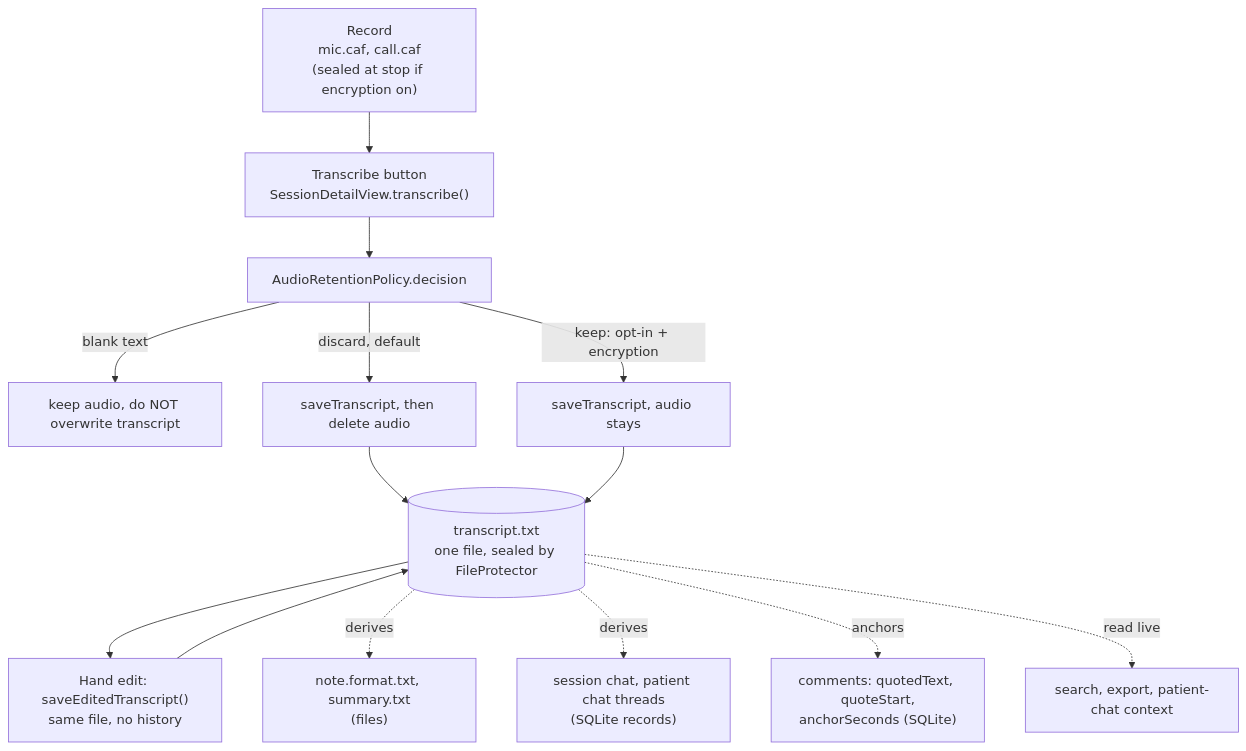
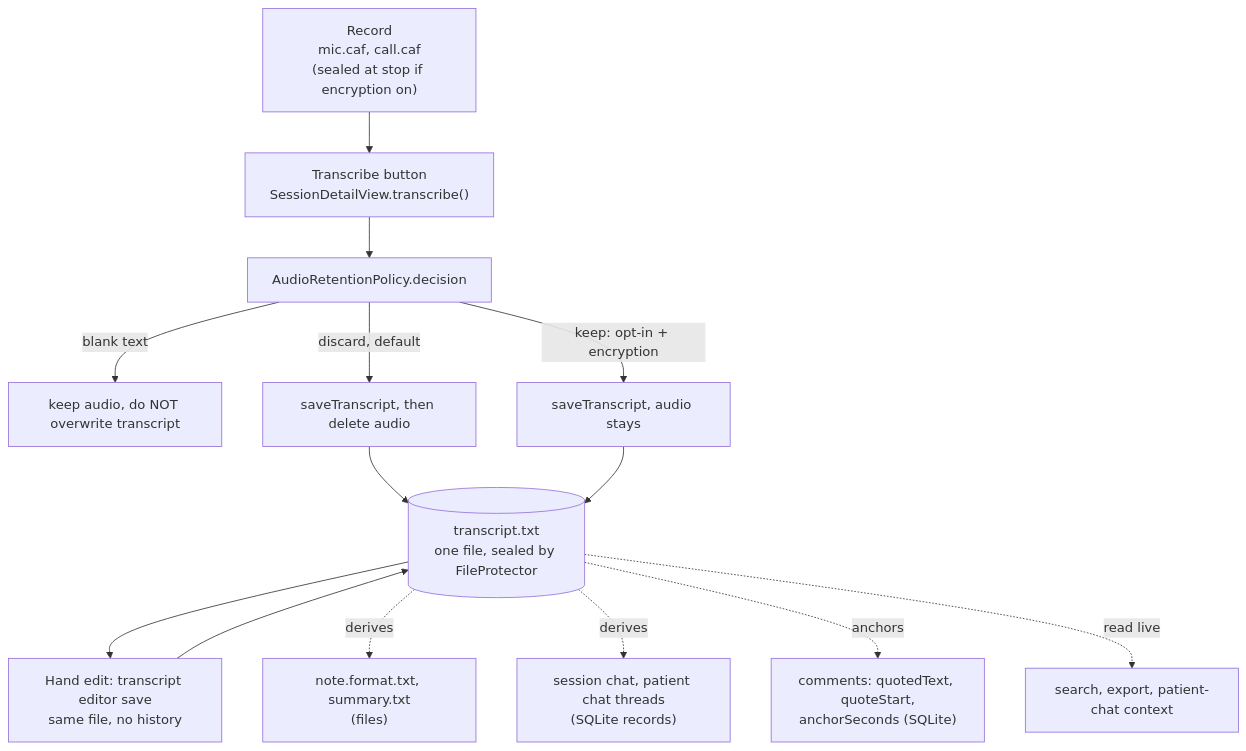
One commit to mgwedd/aletheia changed the third of 4 diagrams in docs/DESIGN-DECISIONS.md. Above: the diagram before and after it, drawn with Mermaid. The commit also changed other lines of this file and 7 other files, not shown here.

````diff
--- a/docs/DESIGN-DECISIONS.md
+++ b/docs/DESIGN-DECISIONS.md
@@ -126,16 +126,16 @@
 ```mermaid
 flowchart TD
   REC["Record<br/>mic.caf, call.caf<br/>(sealed at stop if encryption on)"] --> TR["Transcribe button<br/>SessionDetailView.transcribe()"]
   TR --> DEC["AudioRetentionPolicy.decision"]
   DEC -->|blank text| KEEP["keep audio, do NOT overwrite transcript"]
   DEC -->|discard, default| DEL["saveTranscript, then delete audio"]
   DEC -->|keep: opt-in + encryption| SAVE["saveTranscript, audio stays"]
   DEL --> TX[("transcript.txt<br/>one file, sealed by FileProtector")]
   SAVE --> TX
-  TX --> ED["Hand edit: saveEditedTranscript()<br/>same file, no history"]
+  TX --> ED["Hand edit: transcript editor save<br/>same file, no history"]
   ED --> TX
   TX -.derives.-> N["note.format.txt, summary.txt<br/>(files)"]
   TX -.derives.-> SC["session chat, patient chat threads<br/>(SQLite records)"]
   TX -.anchors.-> CM["comments: quotedText, quoteStart,<br/>anchorSeconds (SQLite)"]
   TX -.read live.-> SE["search, export, patient-chat context"]
 ```
````
